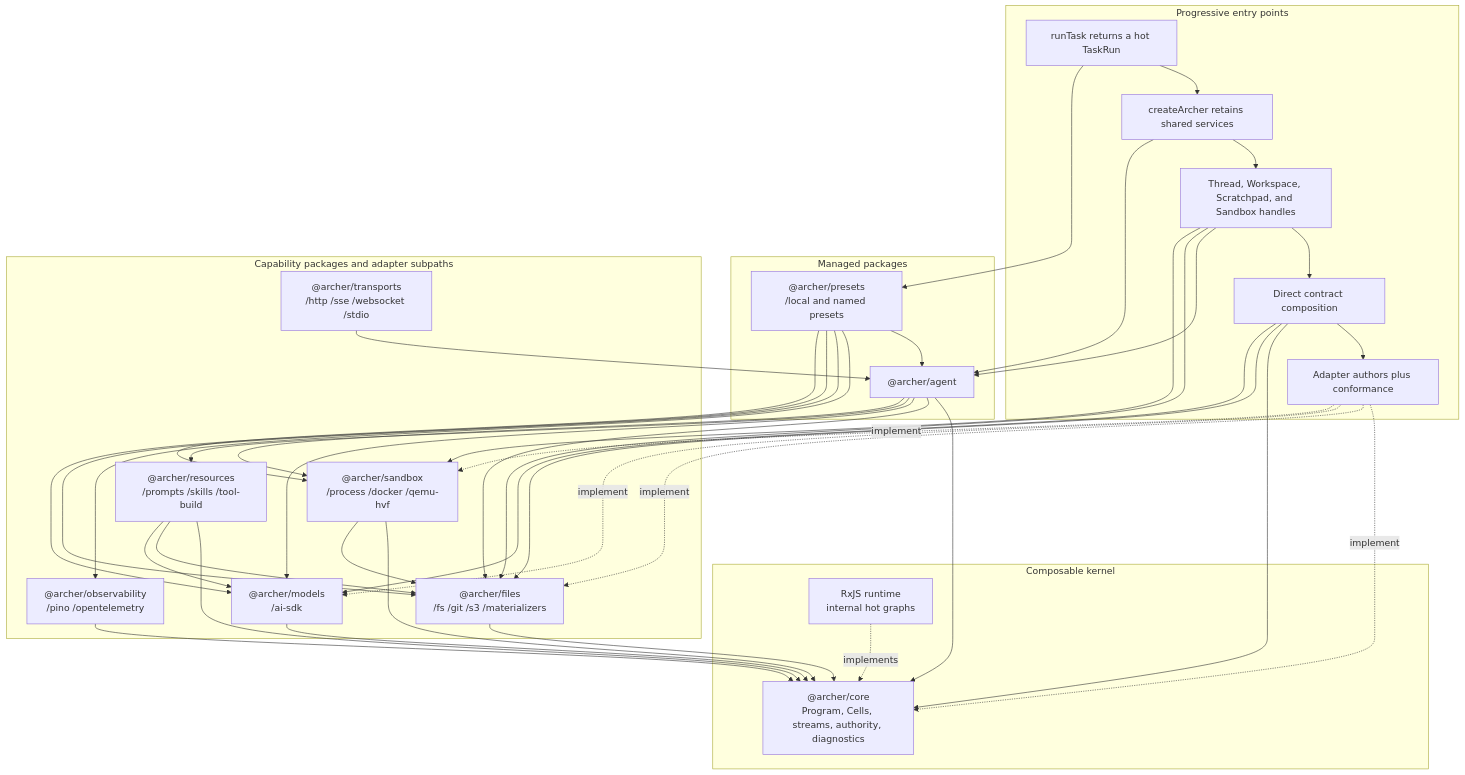
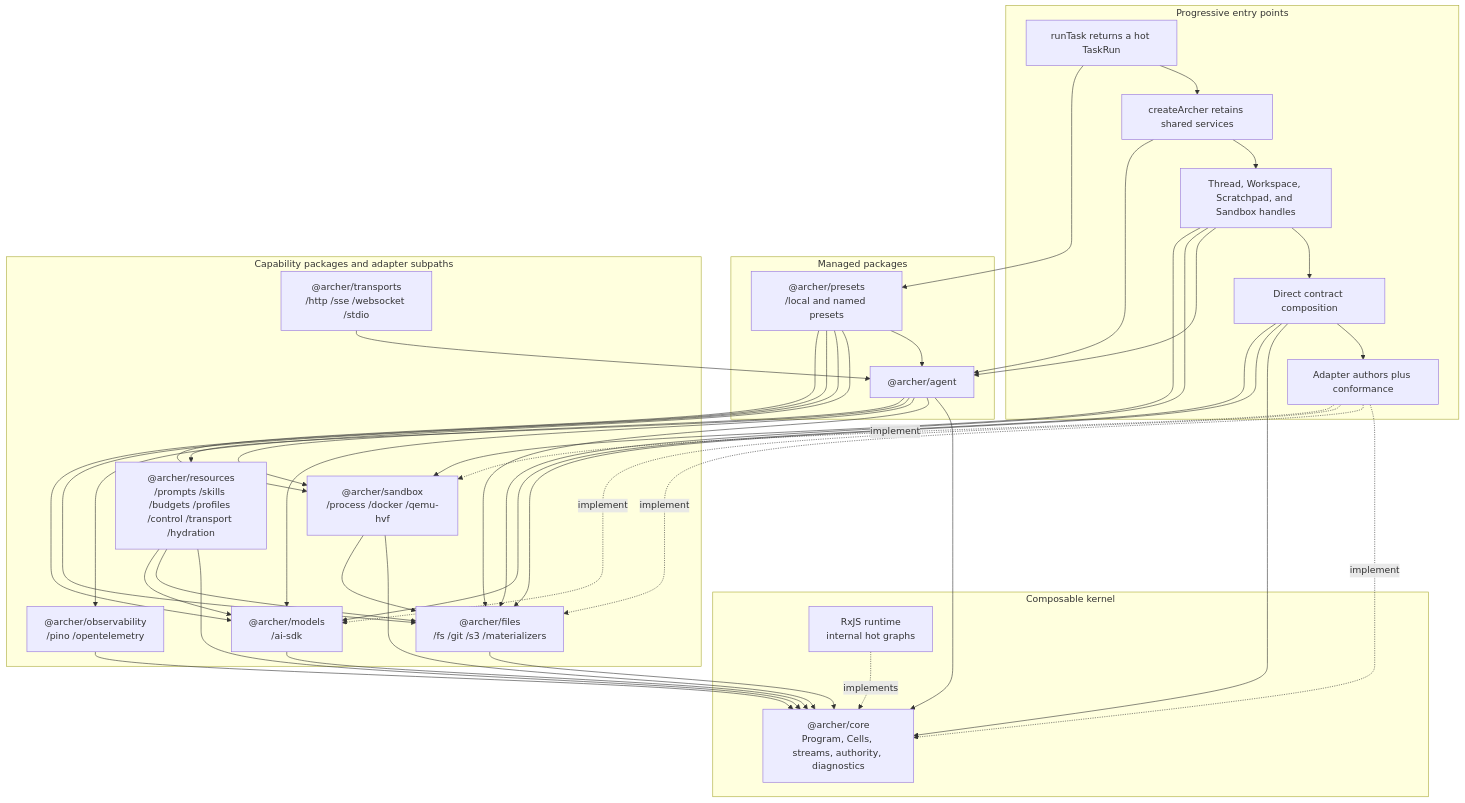
Before and after one commit to ElmoJones3/archer: the first of 5 diagrams in docs/architecture.md, drawn with Mermaid. The commit also changed other lines of this file and 72 other files, not shown here.

````diff
--- a/docs/architecture.md
+++ b/docs/architecture.md
@@ -234,63 +286,63 @@
 ```mermaid
 flowchart TB
   subgraph Entry[Progressive entry points]
     One["runTask returns a hot TaskRun"]
     Managed["createArcher retains shared services"]
     Handles["Thread, Workspace, Scratchpad, and Sandbox handles"]
     Direct["Direct contract composition"]
     Authors["Adapter authors plus conformance"]
     One --> Managed --> Handles --> Direct --> Authors
   end
 
   subgraph Composition[Managed packages]
     Agent["@archer/agent"]
     Presets["@archer/presets<br/>/local and named presets"]
   end
 
   subgraph Capabilities[Capability packages and adapter subpaths]
-    Resources["@archer/resources<br/>/prompts /skills /tool-build"]
+    Resources["@archer/resources<br/>/prompts /skills /budgets /profiles /control /transport /hydration"]
     Models["@archer/models<br/>/ai-sdk"]
     Sandboxes["@archer/sandbox<br/>/process /docker /qemu-hvf"]
     Files["@archer/files<br/>/fs /git /s3 /materializers"]
     Observe["@archer/observability<br/>/pino /opentelemetry"]
     Transports["@archer/transports<br/>/http /sse /websocket /stdio"]
   end
 
   subgraph Kernel[Composable kernel]
     Core["@archer/core<br/>Program, Cells, streams, authority, diagnostics"]
     Reactive["RxJS runtime<br/>internal hot graphs"]
   end
 
   One --> Presets --> Agent
   Managed --> Agent
   Handles --> Agent
   Handles --> Files
   Handles --> Sandboxes
   Direct --> Core
   Direct --> Files
   Direct --> Models
 
   Agent --> Core
   Agent --> Files
   Agent --> Models
   Agent --> Resources
   Agent --> Sandboxes
   Presets --> Observe
   Presets --> Files
   Presets --> Models
   Presets --> Sandboxes
   Resources --> Core
   Resources --> Files
   Resources --> Models
   Models --> Core
   Files --> Core
   Sandboxes --> Core
   Sandboxes --> Files
   Observe --> Core
   Transports --> Agent
   Reactive -. implements .-> Core
   Authors -. implement .-> Core
   Authors -. implement .-> Files
   Authors -. implement .-> Models
   Authors -. implement .-> Sandboxes
 ```
````
